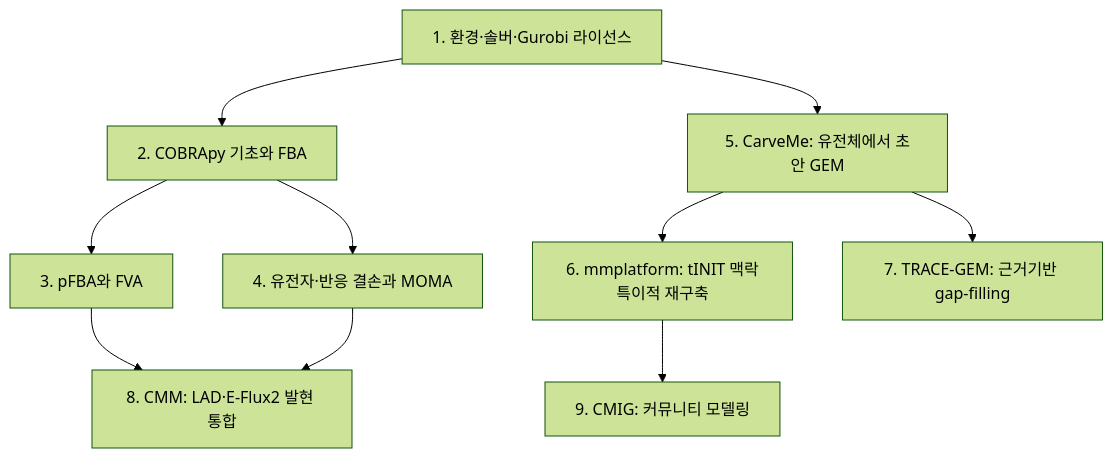
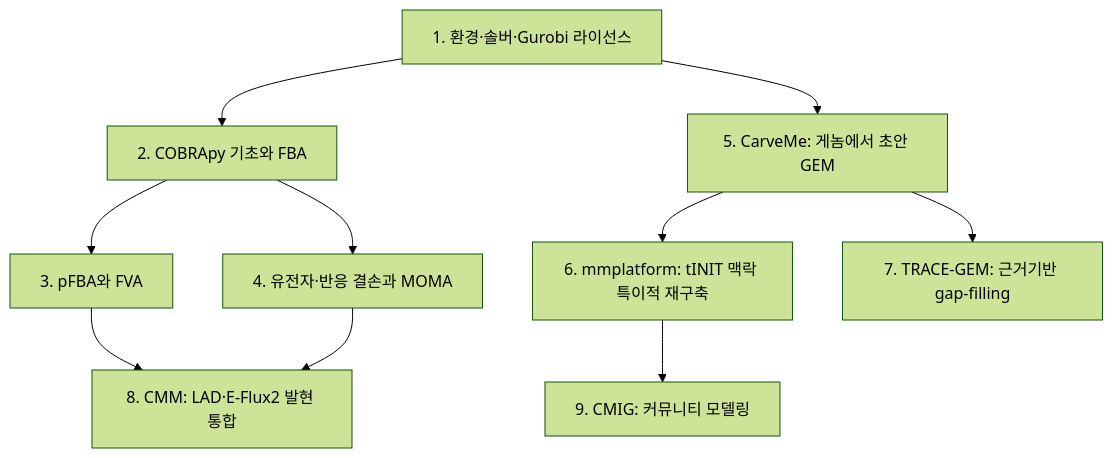
Before and after one commit to jyryu3161/ebook_metabolic_modeling: the diagram in chapter-11/README.md, drawn with Mermaid (forest theme). The commit also changed other lines of this file and 4 other files, not shown here.

````diff
--- a/chapter-11/README.md
+++ b/chapter-11/README.md
@@ -22,12 +22,12 @@
 ```mermaid
 flowchart TD
     A["1. 환경·솔버·Gurobi 라이선스"] --> B["2. COBRApy 기초와 FBA"]
     B --> C["3. pFBA와 FVA"]
     B --> D["4. 유전자·반응 결손과 MOMA"]
-    A --> E["5. CarveMe: 유전체에서 초안 GEM"]
-    E --> F["6. mmplatform: tINIT 맥락특이적 재구축"]
+    A --> E["5. CarveMe: 게놈에서 초안 GEM"]
+    E --> F["6. mmplatform: tINIT 맥락 특이적 재구축"]
     E --> G["7. TRACE-GEM: 근거기반 gap-filling"]
     C --> H["8. CMM: LAD·E-Flux2 발현 통합"]
     D --> H
     F --> I["9. CMIG: 커뮤니티 모델링"]
 ```
````
